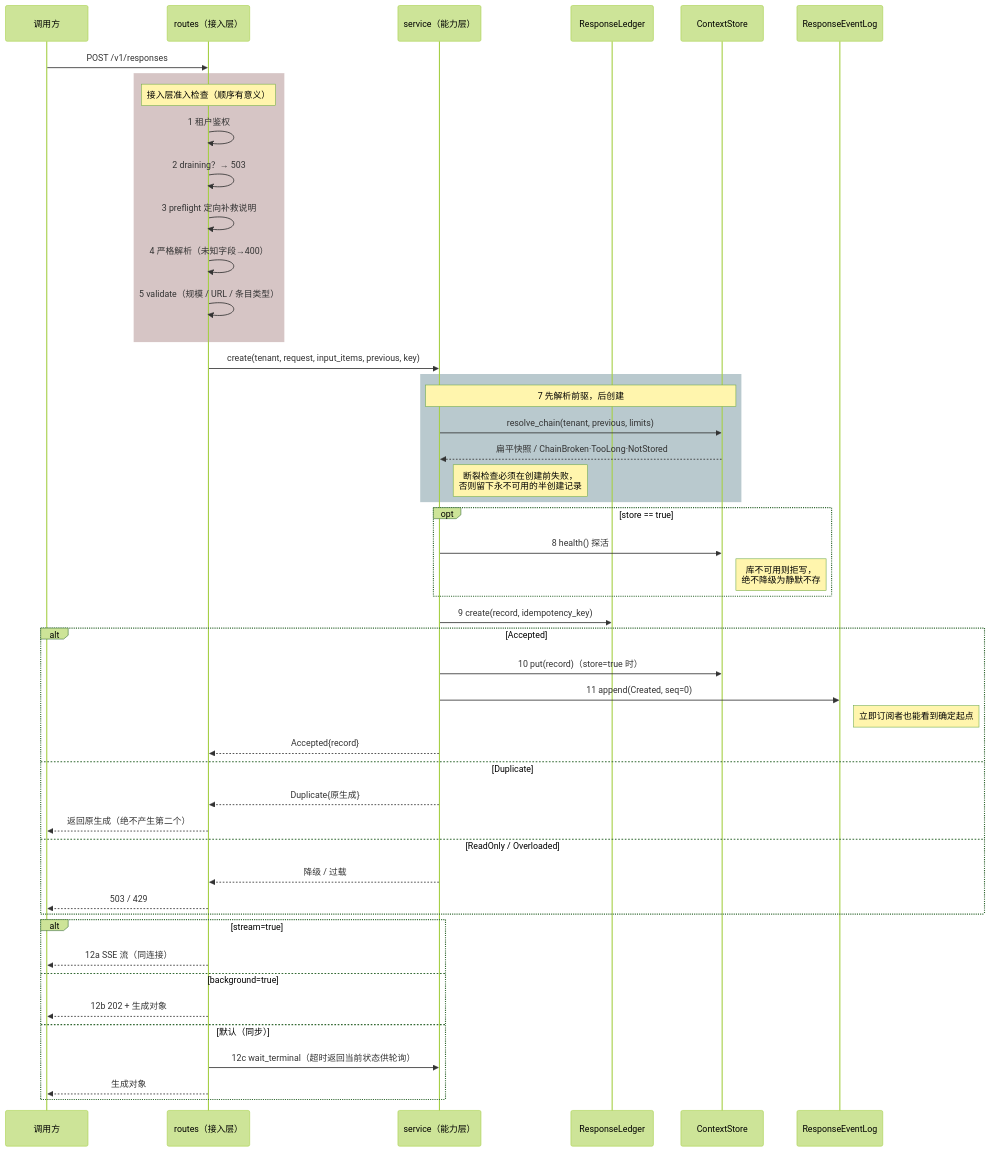
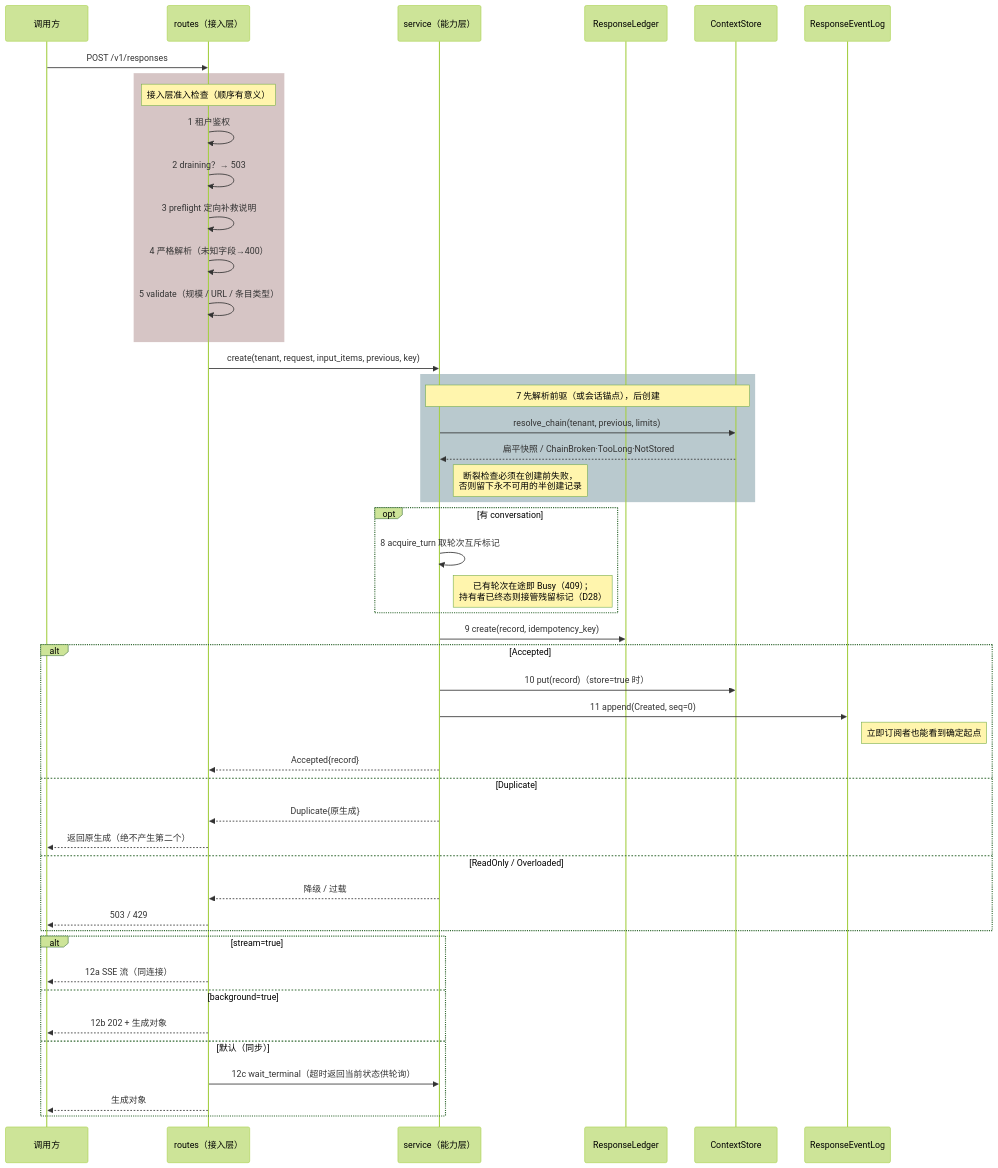
The third of 8 diagrams in docs/design/00-architecture-review.md (charleslyh/nova-chat), drawn with Mermaid (forest theme) before and after one commit. The commit also changed other lines of this file and 48 other files, not shown here.

````diff
--- a/docs/design/00-architecture-review.md
+++ b/docs/design/00-architecture-review.md
@@ -346,57 +305,57 @@
 ```mermaid
 sequenceDiagram
     participant C as 调用方
     participant R as routes（接入层）
     participant V as service（能力层）
     participant L as ResponseLedger
     participant S as ContextStore
     participant E as ResponseEventLog
 
     C->>R: POST /v1/responses
 
     rect rgba(92, 26, 26, 0.25)
     Note over R: 接入层准入检查（顺序有意义）
     R->>R: 1 租户鉴权
     R->>R: 2 draining？→ 503
     R->>R: 3 preflight 定向补救说明
     R->>R: 4 严格解析（未知字段→400）
     R->>R: 5 validate（规模 / URL / 条目类型）
     end
 
     R->>V: create(tenant, request, input_items, previous, key)
 
     rect rgba(26, 77, 92, 0.3)
-    Note over V,S: 7 先解析前驱，后创建
+    Note over V,S: 7 先解析前驱（或会话锚点），后创建
     V->>S: resolve_chain(tenant, previous, limits)
     S-->>V: 扁平快照 / ChainBroken·TooLong·NotStored
     Note right of V: 断裂检查必须在创建前失败，<br/>否则留下永不可用的半创建记录
     end
 
-    opt store == true
-    V->>S: 8 health() 探活
-    Note right of S: 库不可用则拒写，<br/>绝不降级为静默不存
+    opt 有 conversation
+    V->>V: 8 acquire_turn 取轮次互斥标记
+    Note right of V: 已有轮次在途即 Busy（409）；<br/>持有者已终态则接管残留标记（D28）
     end
 
     V->>L: 9 create(record, idempotency_key)
     alt Accepted
         V->>S: 10 put(record)（store=true 时）
         V->>E: 11 append(Created, seq=0)
         Note right of E: 立即订阅者也能看到确定起点
         V-->>R: Accepted{record}
     else Duplicate
         V-->>R: Duplicate{原生成}
         R-->>C: 返回原生成（绝不产生第二个）
     else ReadOnly / Overloaded
         V-->>R: 降级 / 过载
         R-->>C: 503 / 429
     end
 
     alt stream=true
         R-->>C: 12a SSE 流（同连接）
     else background=true
         R-->>C: 12b 202 + 生成对象
     else 默认（同步）
         R->>V: 12c wait_terminal（超时返回当前状态供轮询）
         R-->>C: 生成对象
     end
 ```
````
